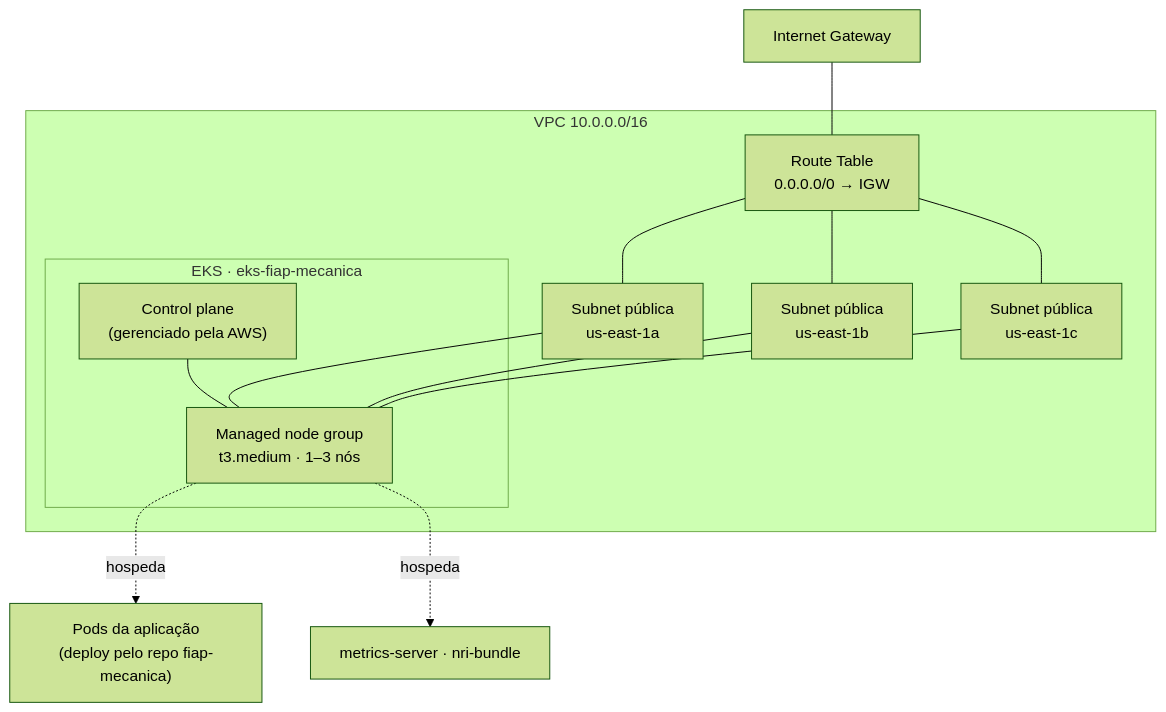
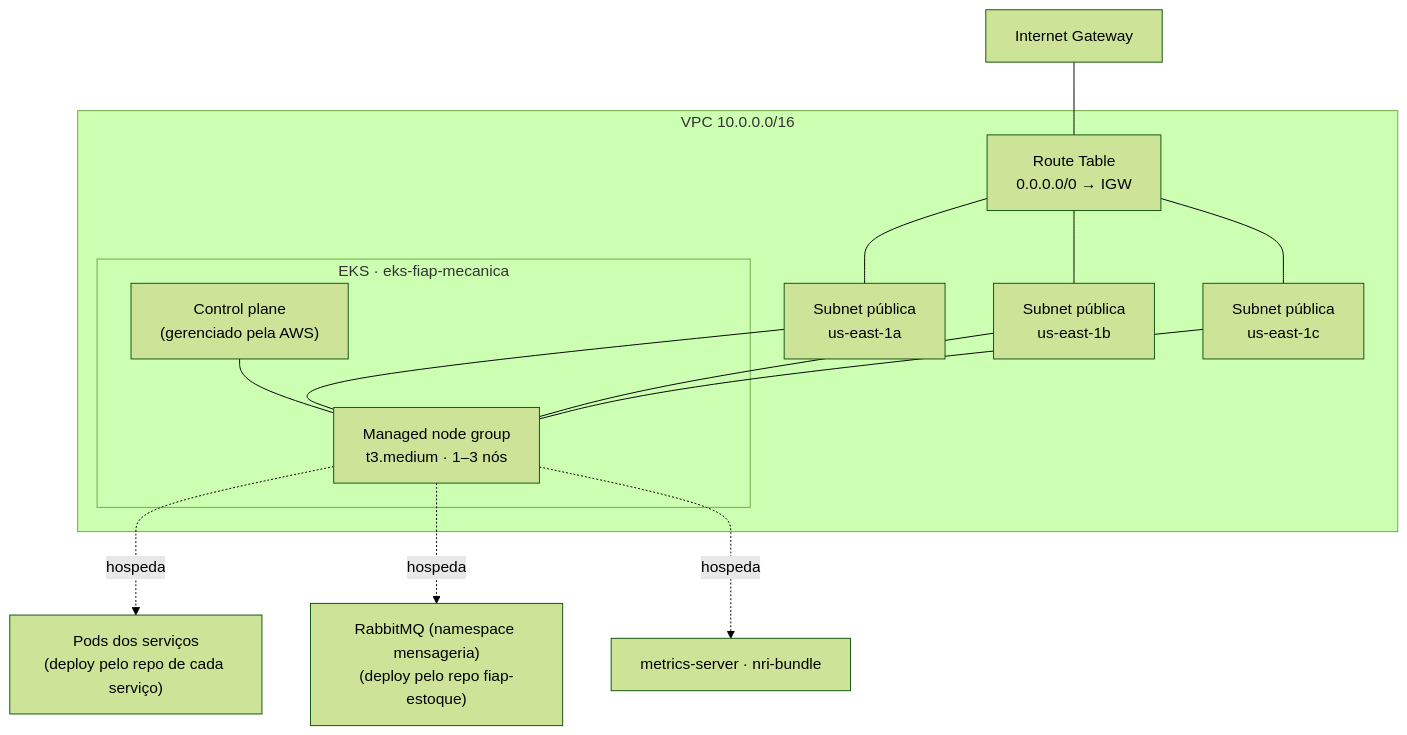
The diagram in README.md (ArthurPeruzzo/fiap-mecanica-infra-k8s), drawn with Mermaid (forest theme) before and after one commit.

Commit message:
documentacao

````diff
--- a/README.md
+++ b/README.md
@@ -19,24 +19,25 @@
 ```mermaid
 graph TD
     IGW["Internet Gateway"]
 
     subgraph VPC["VPC 10.0.0.0/16"]
         RT["Route Table<br/>0.0.0.0/0 → IGW"]
         SNa["Subnet pública<br/>us-east-1a"]
         SNb["Subnet pública<br/>us-east-1b"]
         SNc["Subnet pública<br/>us-east-1c"]
 
         subgraph EKS["EKS · eks-fiap-mecanica"]
             CP["Control plane<br/>(gerenciado pela AWS)"]
             NG["Managed node group<br/>t3.medium · 1–3 nós"]
         end
     end
 
     IGW --- RT
     RT --- SNa & SNb & SNc
     SNa & SNb & SNc --- NG
     CP --- NG
 
-    NG -. hospeda .-> APP["Pods da aplicação<br/>(deploy pelo repo fiap-mecanica)"]
+    NG -. hospeda .-> APP["Pods dos serviços<br/>(deploy pelo repo de cada serviço)"]
+    NG -. hospeda .-> MQ["RabbitMQ (namespace mensageria)<br/>(deploy pelo repo fiap-estoque)"]
     NG -. hospeda .-> ADDONS["metrics-server · nri-bundle"]
 ```
````
